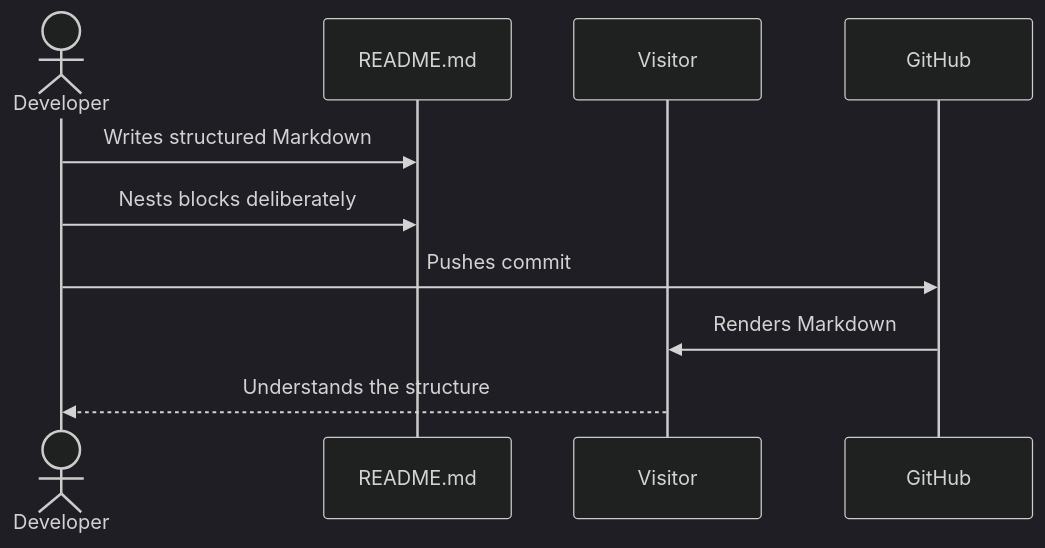
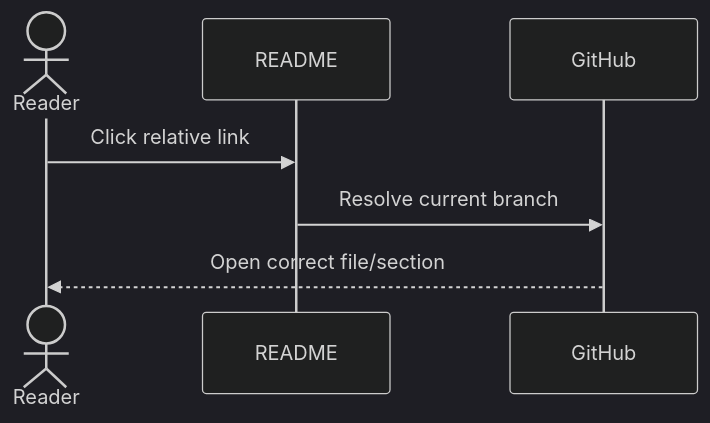
Before and after one commit to thiepn/markdown: the third of 4 diagrams in README.md, drawn with Mermaid (dark theme). The commit also changed other lines of this file, not shown here.

Commit message:
docs: expand links and GitHub-native references

````diff
--- a/README.md
+++ b/README.md
@@ -853,13 +696,9 @@
 ```mermaid
 sequenceDiagram
-    actor Dev as Developer
-    participant MD as README.md
-    participant User as Visitor
+    actor Reader
+    participant README
     participant GitHub
-
-    Dev->>MD: Writes structured Markdown
-    Dev->>MD: Nests blocks deliberately
-    Dev->>GitHub: Pushes commit
-    GitHub->>User: Renders Markdown
-    User-->>Dev: Understands the structure
+    Reader->>README: Click relative link
+    README->>GitHub: Resolve current branch
+    GitHub-->>Reader: Open correct file/section
 ```
````
